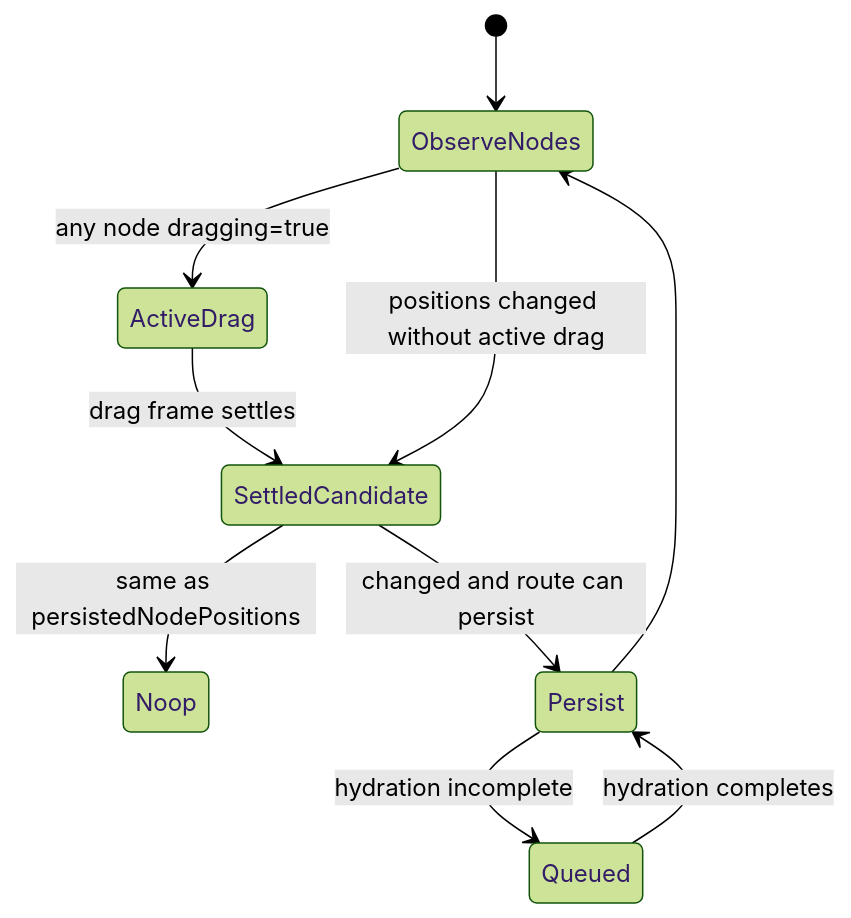
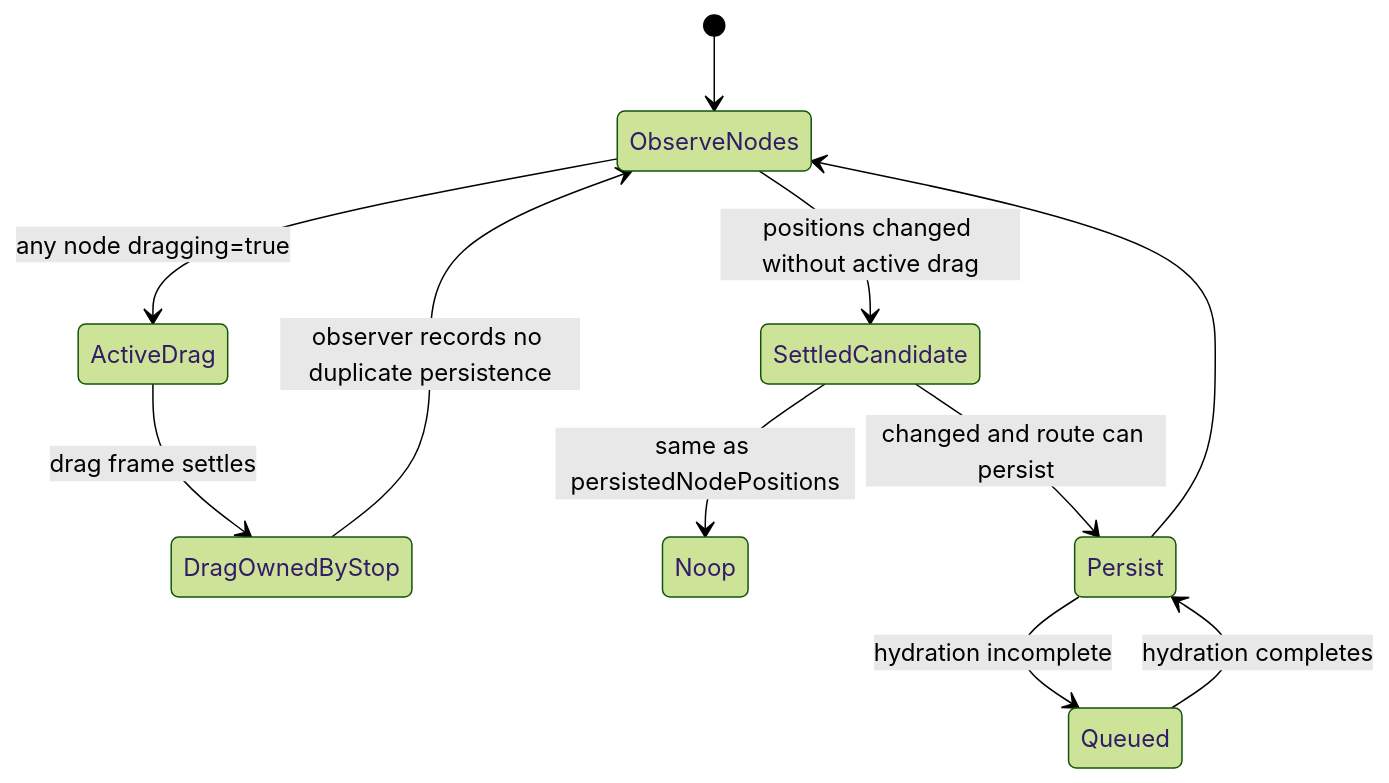
One commit to dunay2/dvt changed the third of 4 diagrams in docs/architecture/components/web/graph/canvas-layout-persistence-component.md. Above: the diagram before and after it, drawn with Mermaid (forest theme). The commit also changed other lines of this file, not shown here.

Commit message:
docs(web): make drag-stop the sole drag durability boundary (#2963)

````diff
--- a/docs/architecture/components/web/graph/canvas-layout-persistence-component.md
+++ b/docs/architecture/components/web/graph/canvas-layout-persistence-component.md
@@ -154,12 +158,13 @@
 ```mermaid
 stateDiagram-v2
   [*] --> ObserveNodes
   ObserveNodes --> ActiveDrag: any node dragging=true
-  ActiveDrag --> SettledCandidate: drag frame settles
+  ActiveDrag --> DragOwnedByStop: drag frame settles
+  DragOwnedByStop --> ObserveNodes: observer records no duplicate persistence
   ObserveNodes --> SettledCandidate: positions changed without active drag
   SettledCandidate --> Noop: same as persistedNodePositions
   SettledCandidate --> Persist: changed and route can persist
   Persist --> Queued: hydration incomplete
   Queued --> Persist: hydration completes
   Persist --> ObserveNodes
 ```
````
